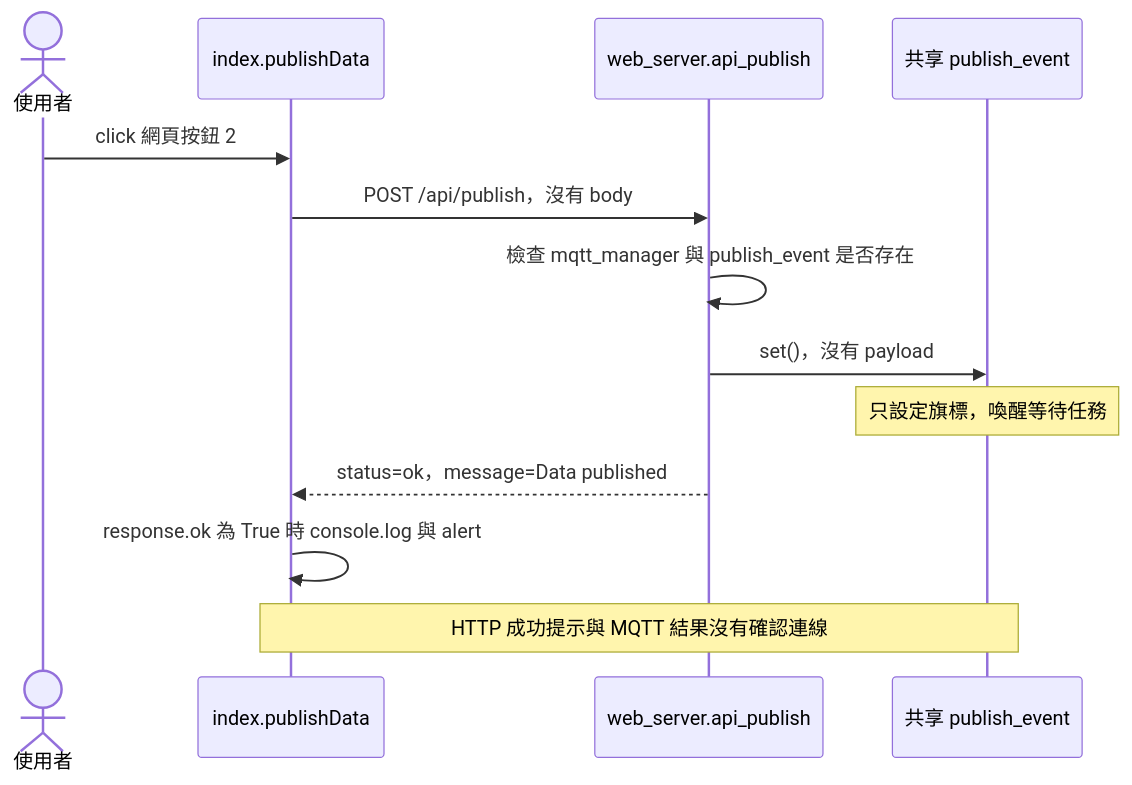
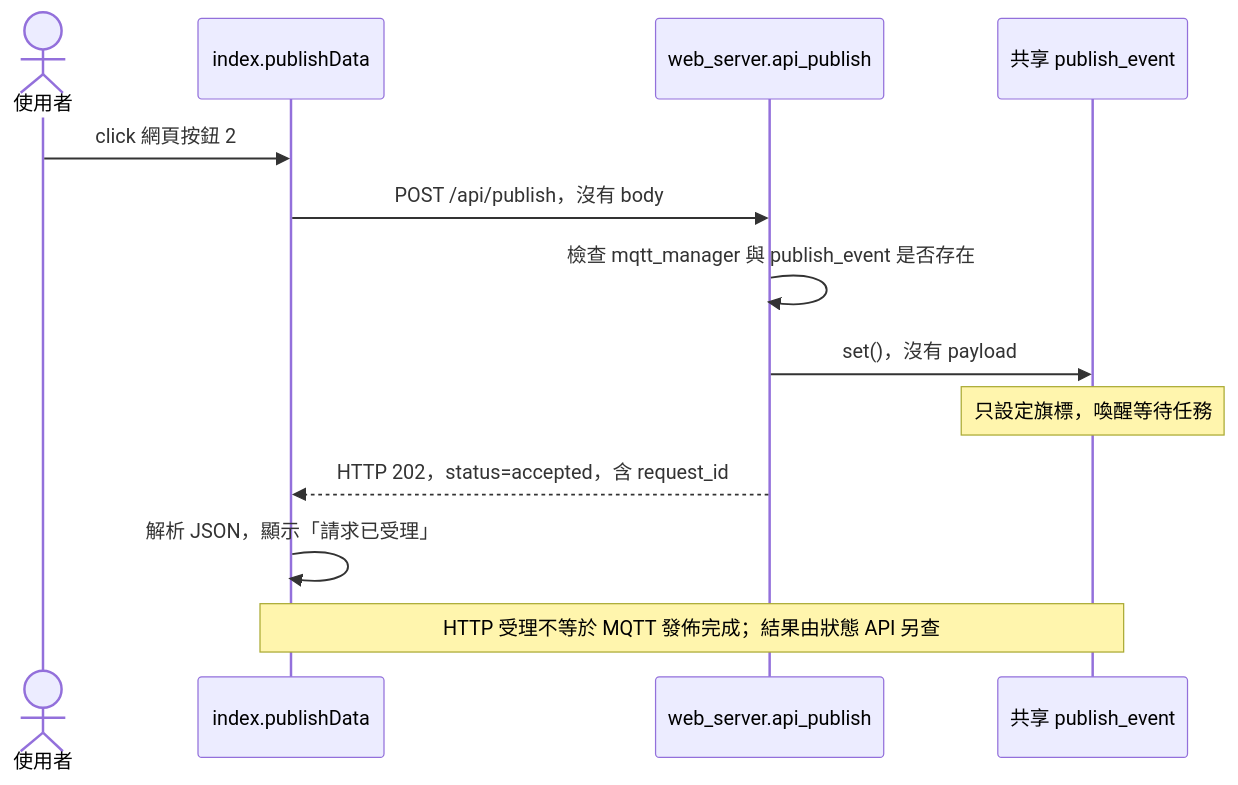
One commit to change918418-tech/IoT_Course changed the tenth of 12 diagrams in WEB_UI_EXECUTION_GUIDE.md. Above: the diagram before and after it, drawn with Mermaid. The commit also changed other lines of this file and 25 other files, not shown here.

````diff
--- a/WEB_UI_EXECUTION_GUIDE.md
+++ b/WEB_UI_EXECUTION_GUIDE.md
@@ -617,15 +596,15 @@
 ```mermaid
 sequenceDiagram
     actor User as 使用者
     participant JS as index.publishData
     participant Route as web_server.api_publish
     participant Event as 共享 publish_event
     User->>JS: click 網頁按鈕 2
     JS->>Route: POST /api/publish，沒有 body
     Route->>Route: 檢查 mqtt_manager 與 publish_event 是否存在
     Route->>Event: set()，沒有 payload
     Note over Event: 只設定旗標，喚醒等待任務
-    Route-->>JS: status=ok，message=Data published
-    JS->>JS: response.ok 為 True 時 console.log 與 alert
-    Note over JS,Event: HTTP 成功提示與 MQTT 結果沒有確認連線
+    Route-->>JS: HTTP 202，status=accepted，含 request_id
+    JS->>JS: 解析 JSON，顯示「請求已受理」
+    Note over JS,Event: HTTP 受理不等於 MQTT 發佈完成；結果由狀態 API 另查
 ```
````
